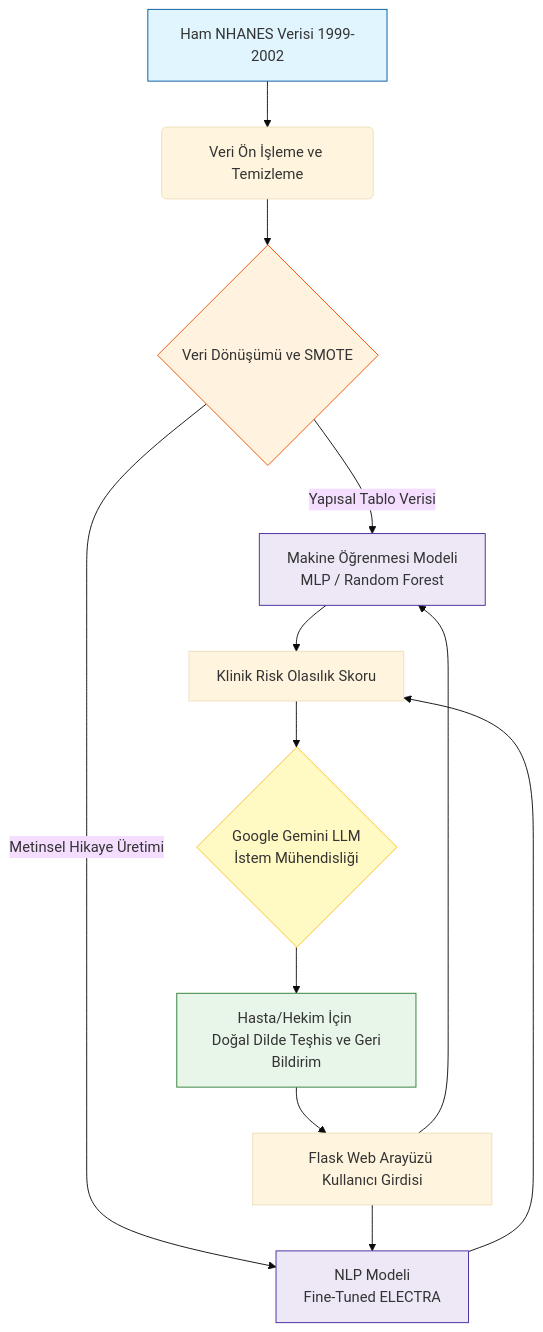
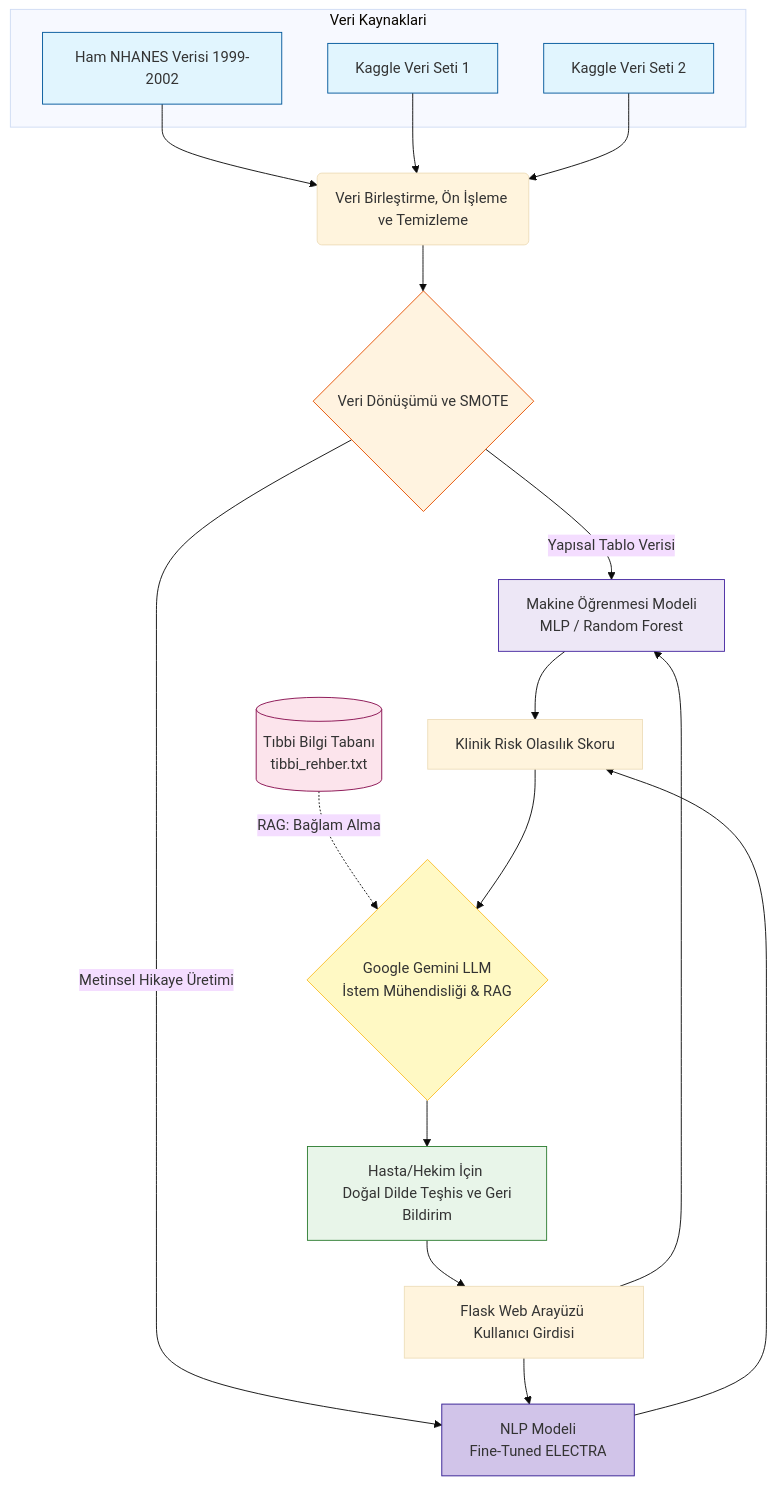
The diagram in README.md (kadir465/coleraktal_kds), drawn with Mermaid (base theme) before and after one commit. The commit also changed other lines of this file and 1 other file, not shown here.

Commit message:
docs: ELECTRA, RAG mimarisi ve Kaggle veri setleri eklendi

````diff
--- a/README.md
+++ b/README.md
@@ -30,26 +32,40 @@
 ```mermaid
 graph TD
-    A[Ham NHANES Verisi 1999-2002] --> B(Veri Ön İşleme ve Temizleme)
+    subgraph Veri Kaynaklari
+        A1[Ham NHANES Verisi 1999-2002]
+        A2[Kaggle Veri Seti 1]
+        A3[Kaggle Veri Seti 2]
+    end
+
+    A1 --> B(Veri Birleştirme, Ön İşleme ve Temizleme)
+    A2 --> B
+    A3 --> B
+    
     B --> C{Veri Dönüşümü ve SMOTE}
     
     C -->|Yapısal Tablo Verisi| D[Makine Öğrenmesi Modeli <br> MLP / Random Forest]
     C -->|Metinsel Hikaye Üretimi| E[NLP Modeli <br> Fine-Tuned ELECTRA]
     
     D --> F[Klinik Risk Olasılık Skoru]
     E --> F
     
-    F --> G{Google Gemini LLM <br> İstem Mühendisliği}
+    T[(Tıbbi Bilgi Tabanı <br> tibbi_rehber.txt)] -.->|RAG: Bağlam Alma| G
+    
+    F --> G{Google Gemini LLM <br> İstem Mühendisliği & RAG}
     
     R[Flask Web Arayüzü Kullanıcı Girdisi] --> D
     R --> E
     
     G --> H[Hasta/Hekim İçin <br> Doğal Dilde Teşhis ve Geri Bildirim]
     H --> R
     
-    style A fill:#e1f5fe,stroke:#01579b
+    style A1 fill:#e1f5fe,stroke:#01579b
+    style A2 fill:#e1f5fe,stroke:#01579b
+    style A3 fill:#e1f5fe,stroke:#01579b
     style C fill:#fff3e0,stroke:#e65100
     style D fill:#ede7f6,stroke:#4527a0
-    style E fill:#ede7f6,stroke:#4527a0
+    style E fill:#d1c4e9,stroke:#311b92
+    style T fill:#fce4ec,stroke:#880e4f
     style G fill:#fff9c4,stroke:#fbc02d
     style H fill:#e8f5e9,stroke:#2e7d32
 ```
````
